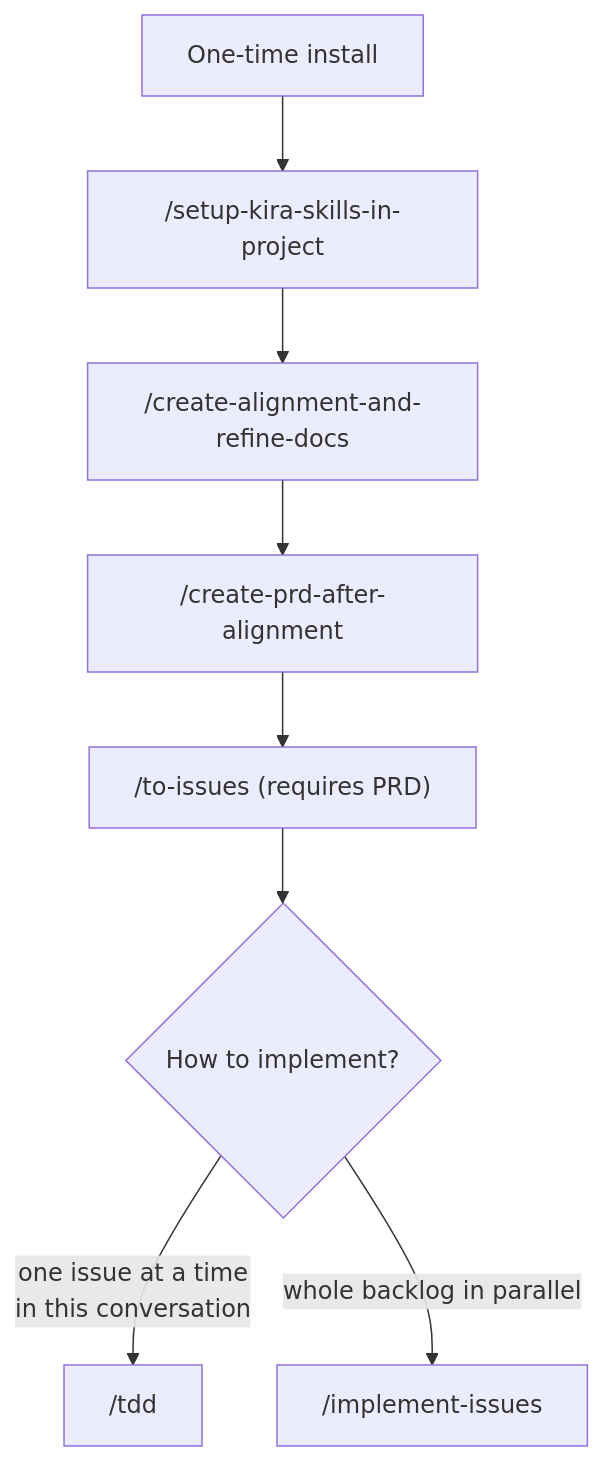
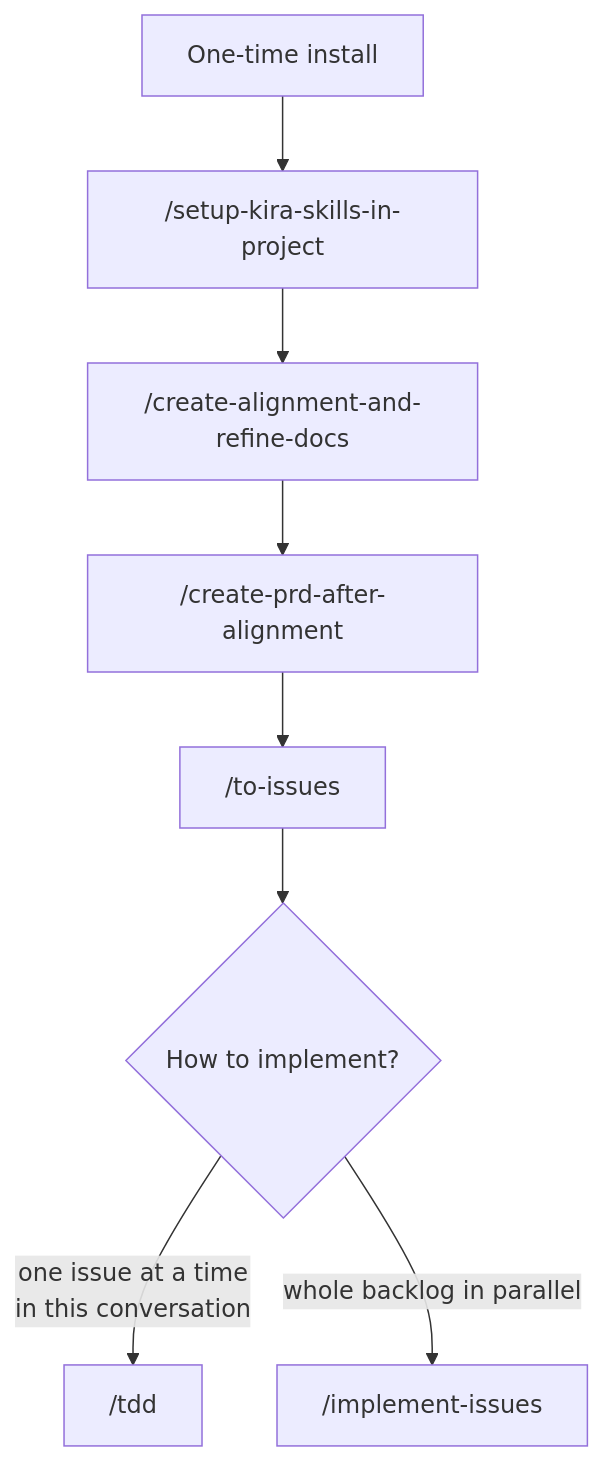
Before and after one commit to yzlaboratory/skills: the diagram in README.md, drawn with Mermaid. The commit also changed other lines of this file and 4 other files, not shown here.

````diff
--- a/README.md
+++ b/README.md
@@ -67,10 +66,10 @@
 ```mermaid
 flowchart TD
     A["One-time install"] --> B["/setup-kira-skills-in-project"]
     B --> C["/create-alignment-and-refine-docs"]
     C --> E["/create-prd-after-alignment"]
-    E --> F["/to-issues (requires PRD)"]
+    E --> F["/to-issues"]
     F --> G{"How to implement?"}
     G -->|one issue at a time<br/>in this conversation| H["/tdd"]
     G -->|whole backlog in parallel| I["/implement-issues"]
 ```
````
